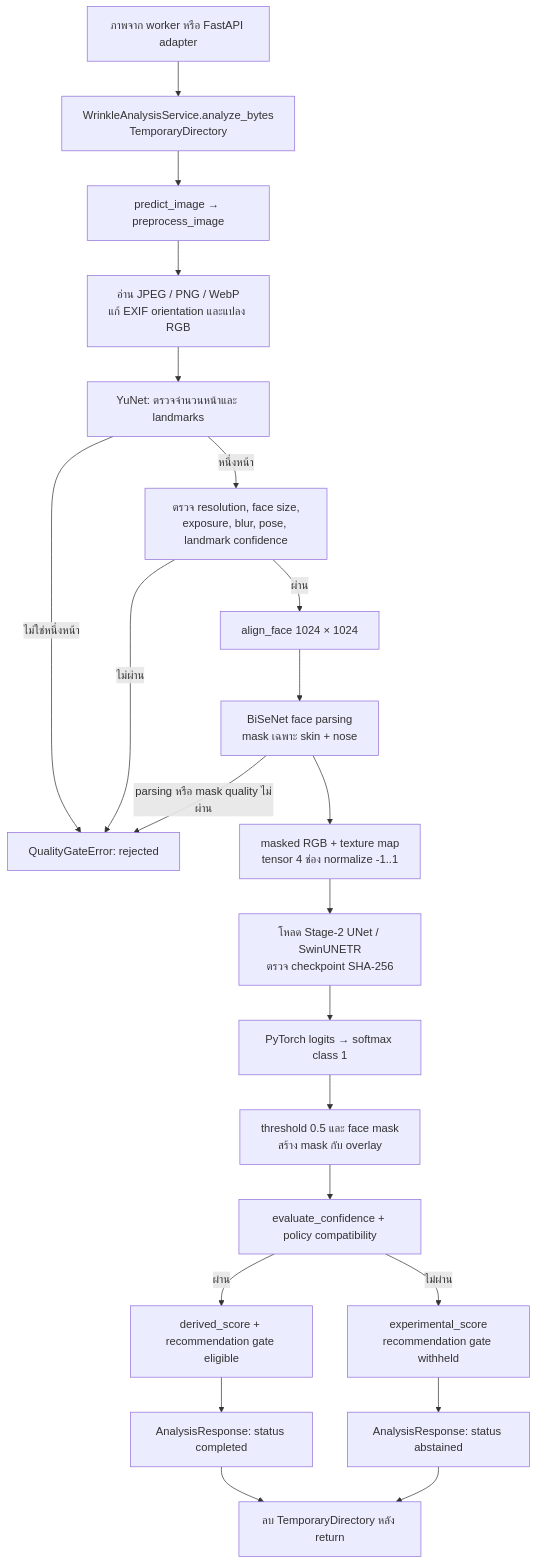
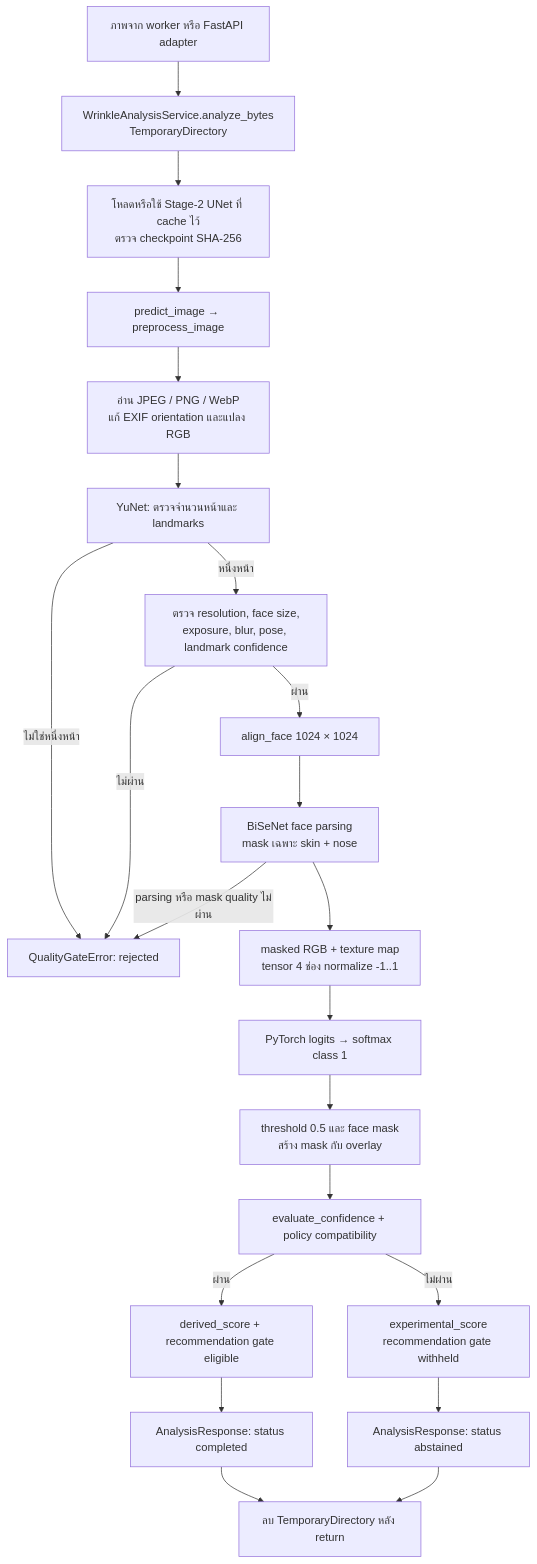
Before and after one commit to PacharaponK/Aphrodize: the second of 2 diagrams in docs/diagram/ai-photo-data-flow.md, drawn with Mermaid. The commit also changed other lines of this file, not shown here.

Commit message:
feat(ai): update data flow diagram to include Stage-2 UNet caching and processing details

````diff
--- a/docs/diagram/ai-photo-data-flow.md
+++ b/docs/diagram/ai-photo-data-flow.md
@@ -50,24 +50,24 @@
 ```mermaid
 flowchart TD
     I[ภาพจาก worker หรือ FastAPI adapter] --> S[WrinkleAnalysisService.analyze_bytes<br/>TemporaryDirectory]
-    S --> P[predict_image → preprocess_image]
+    S --> M[โหลดหรือใช้ Stage-2 UNet ที่ cache ไว้<br/>ตรวจ checkpoint SHA-256]
+    M --> P[predict_image → preprocess_image]
     P --> L[อ่าน JPEG / PNG / WebP<br/>แก้ EXIF orientation และแปลง RGB]
     L --> Y[YuNet: ตรวจจำนวนหน้าและ landmarks]
     Y -->|ไม่ใช่หนึ่งหน้า| R[QualityGateError: rejected]
     Y -->|หนึ่งหน้า| Q[ตรวจ resolution, face size,<br/>exposure, blur, pose, landmark confidence]
     Q -->|ไม่ผ่าน| R
     Q -->|ผ่าน| A[align_face 1024 × 1024]
     A --> B[BiSeNet face parsing<br/>mask เฉพาะ skin + nose]
     B -->|parsing หรือ mask quality ไม่ผ่าน| R
     B --> T[masked RGB + texture map<br/>tensor 4 ช่อง normalize -1..1]
-    T --> M[โหลด Stage-2 UNet / SwinUNETR<br/>ตรวจ checkpoint SHA-256]
-    M --> IN[PyTorch logits → softmax class 1]
+    T --> IN[PyTorch logits → softmax class 1]
     IN --> TH[threshold 0.5 และ face mask<br/>สร้าง mask กับ overlay]
     TH --> CF[evaluate_confidence + policy compatibility]
     CF -->|ผ่าน| SC[derived_score + recommendation gate eligible]
     CF -->|ไม่ผ่าน| EX[experimental_score<br/>recommendation gate withheld]
     SC --> RESP[AnalysisResponse: status completed]
     EX --> RESP2[AnalysisResponse: status abstained]
     RESP --> CLEAN[ลบ TemporaryDirectory หลัง return]
     RESP2 --> CLEAN
 ```
````
